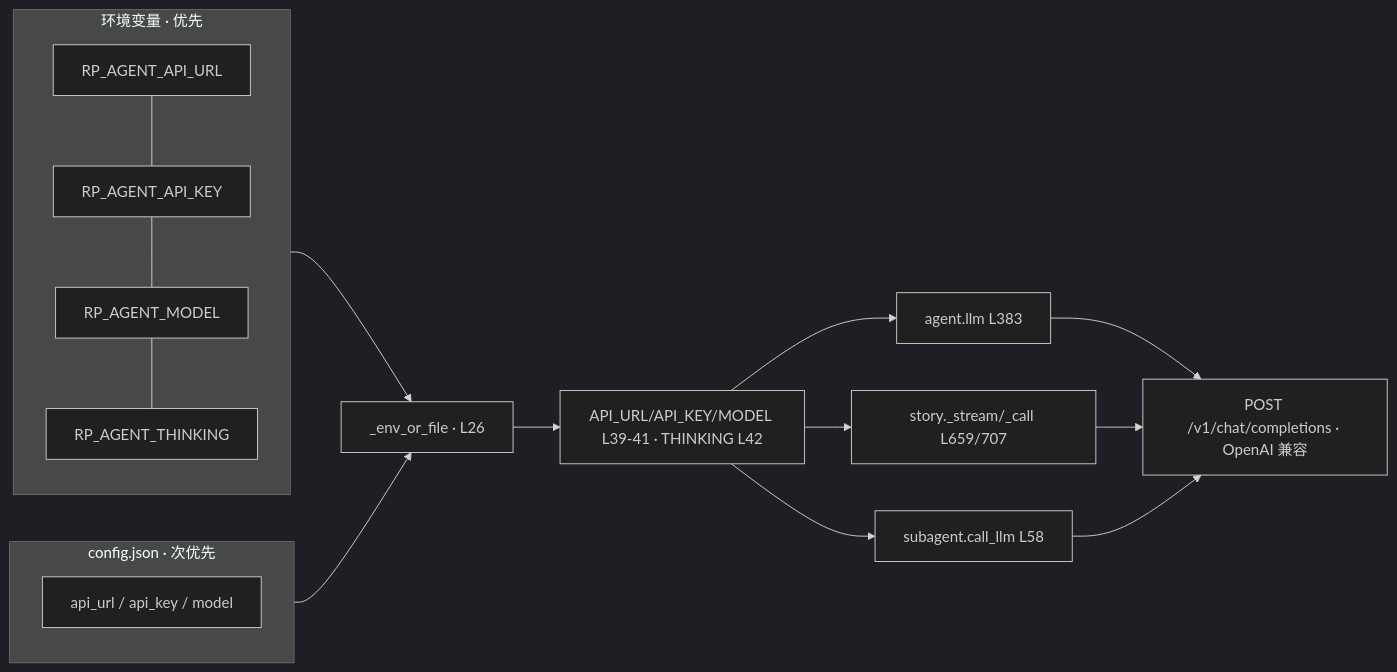
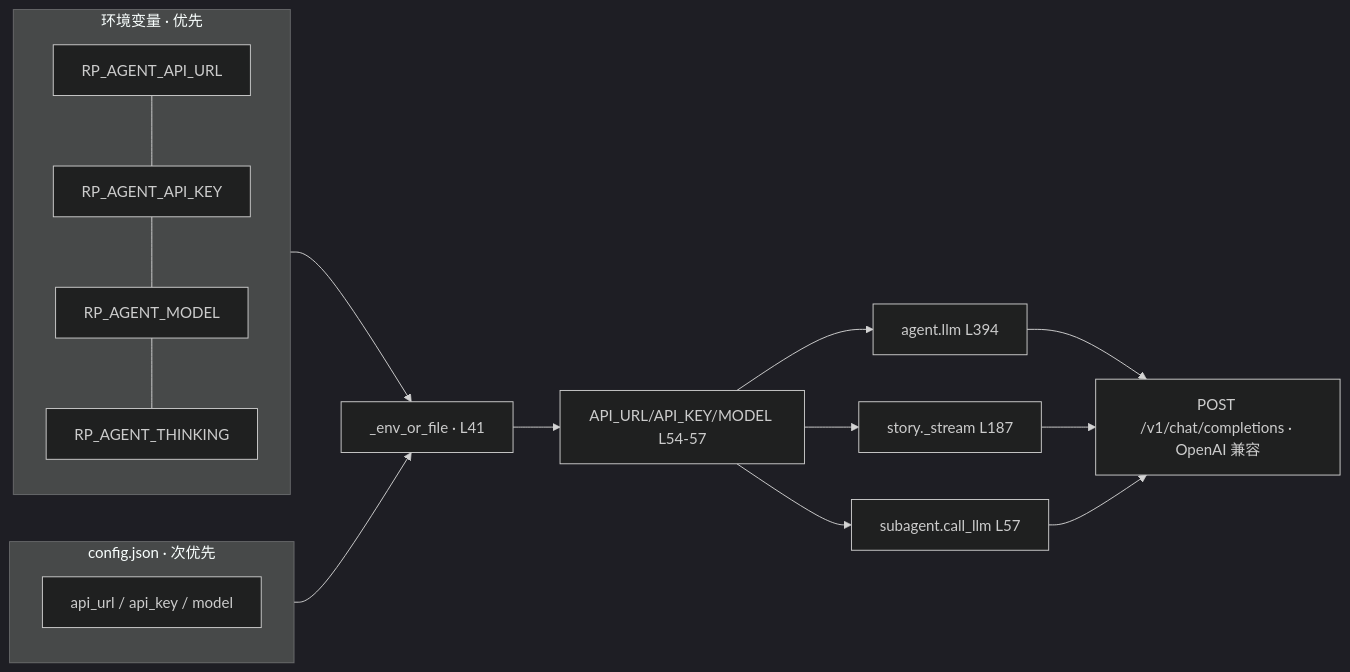
One commit to Xiyinnnnnn/RP-agent changed the third of 5 diagrams in DOC.md. Above: the diagram before and after it, drawn with Mermaid (dark theme). The commit also changed other lines of this file and 4 other files, not shown here.

Commit message:
按需暴露重构：story.py 去预测成为纯写作器；MTP 全归 agent.py；写作资产统一单一 SHA；GM/Character Prompt 收敛

````diff
--- a/DOC.md
+++ b/DOC.md
@@ -139,18 +138,18 @@
 ```mermaid
 flowchart LR
     subgraph ENV["环境变量 · 优先"]
         E1["RP_AGENT_API_URL"] --- E2["RP_AGENT_API_KEY"] --- E3["RP_AGENT_MODEL"] --- E4["RP_AGENT_THINKING"]
     end
     subgraph CFG["config.json · 次优先"]
         C1["api_url / api_key / model"]
     end
-    ENV --> EF["_env_or_file · L26"]
+    ENV --> EF["_env_or_file · L41"]
     CFG --> EF
-    EF --> API["API_URL/API_KEY/MODEL L39-41 · THINKING L42"]
-    API --> L1["agent.llm L383"]
-    API --> L2["story._stream/_call L659/707"]
-    API --> L3["subagent.call_llm L58"]
+    EF --> API["API_URL/API_KEY/MODEL L54-57"]
+    API --> L1["agent.llm L394"]
+    API --> L2["story._stream L187"]
+    API --> L3["subagent.call_llm L57"]
     L1 --> POST["POST /v1/chat/completions · OpenAI 兼容"]
     L2 --> POST
     L3 --> POST
 ```
````
